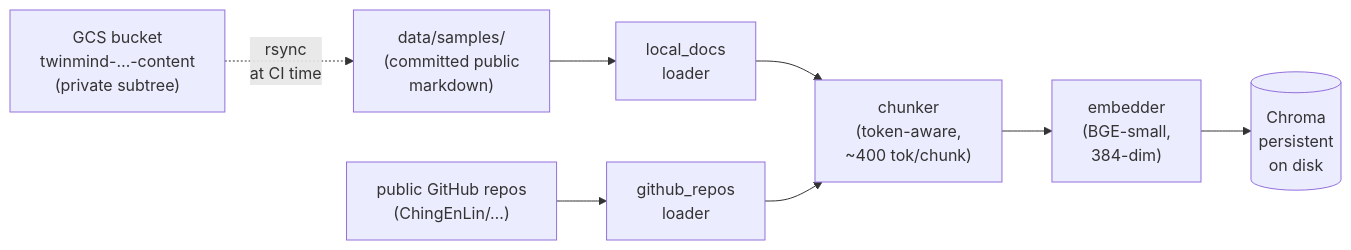
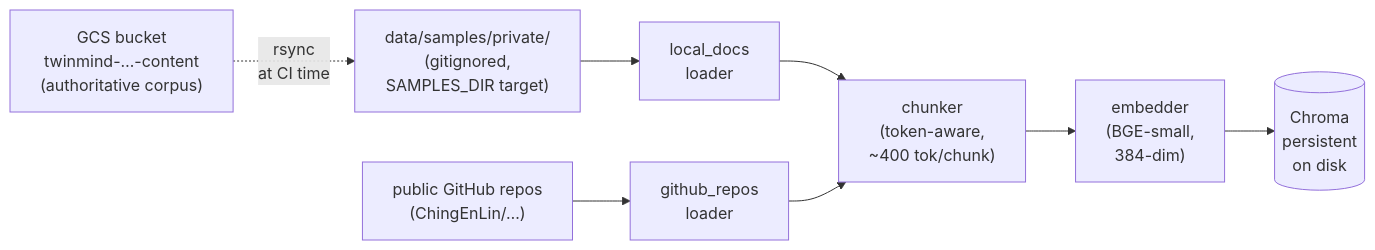
One commit to ChingEnLin/TwinMind changed the first of 2 diagrams in docs/ARCHITECTURE.md. Above: the diagram before and after it, drawn with Mermaid. The commit also changed other lines of this file and 2 other files, not shown here.

Commit message:
Ingest only data/samples/private/, not the legacy public fixtures
Production behavior was "walk all of data/samples/", which included
the Phase 1 dev fixtures (background.md, experience/*, projects/*).
These are stub content that no longer matches the real corpus living
in the GCS bucket — they were just clutter at retrieval time.

Change: SAMPLES_DIR now defaults to data/samples/private/, so the
local_docs loader walks ONLY the GCS-synced authoritative content.
The other committed markdown under data/samples/ remains in the repo
(as historical reference / format example) but is no longer ingested.

Docs (ARCHITECTURE.md, DEPLOYMENT.md) updated to reflect the new
single-source ingestion path.

70 tests still pass — they use tmp_path fixtures, not data/samples/.

````diff
--- a/docs/ARCHITECTURE.md
+++ b/docs/ARCHITECTURE.md
@@ -9,10 +9,10 @@
 ```mermaid
 flowchart LR
-    A["data/samples/<br/>(committed public<br/>markdown)"] --> L1["local_docs<br/>loader"]
-    B["GCS bucket<br/>twinmind-…-content<br/>(private subtree)"] -. "rsync<br/>at CI time" .-> A
+    B["GCS bucket<br/>twinmind-…-content<br/>(authoritative corpus)"] -. "rsync<br/>at CI time" .-> A["data/samples/private/<br/>(gitignored,<br/>SAMPLES_DIR target)"]
+    A --> L1["local_docs<br/>loader"]
     C["public GitHub repos<br/>(ChingEnLin/…)"] --> L2["github_repos<br/>loader"]
     L1 --> CH["chunker<br/>(token-aware,<br/>~400 tok/chunk)"]
     L2 --> CH
     CH --> EM["embedder<br/>(BGE-small,<br/>384-dim)"]
     EM --> VS[("Chroma<br/>persistent<br/>on disk")]
 ```
````
